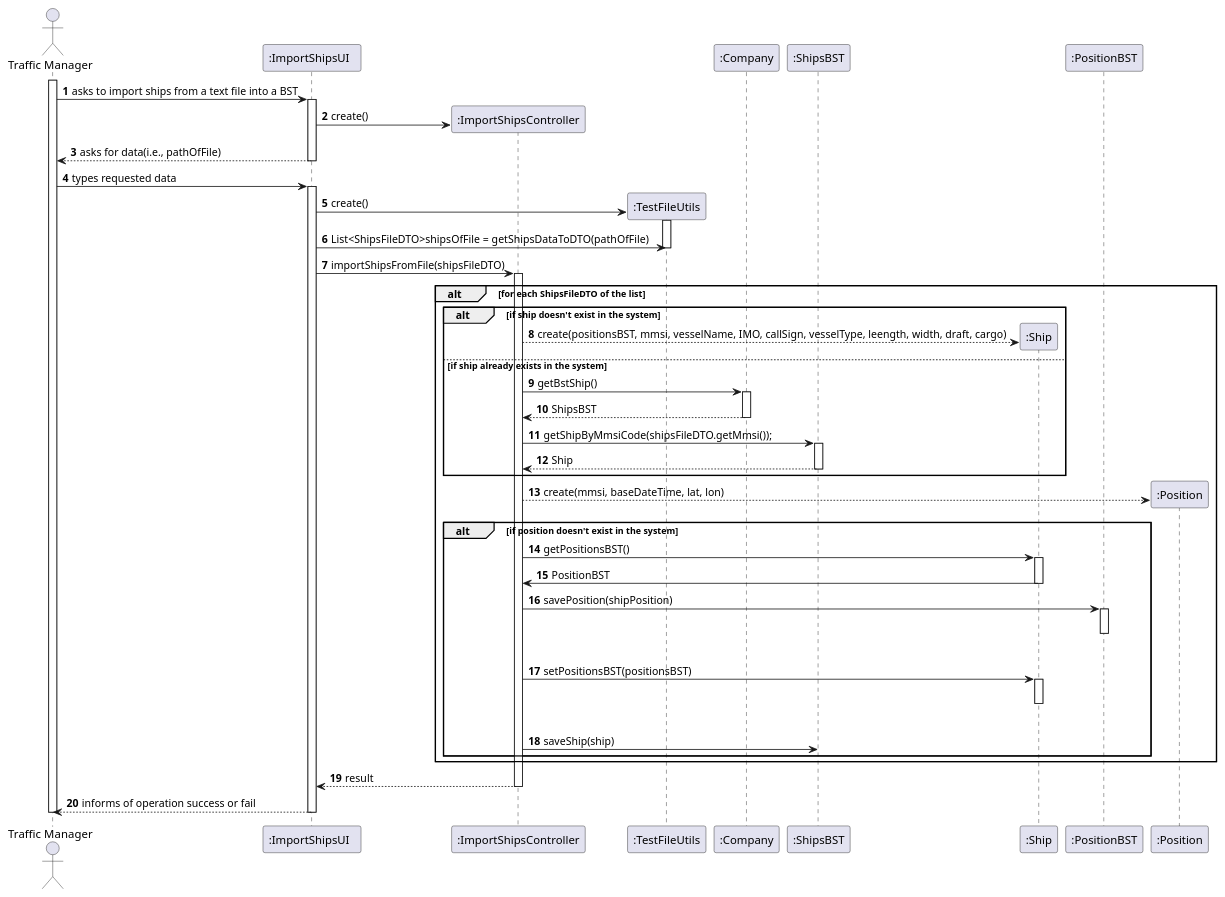
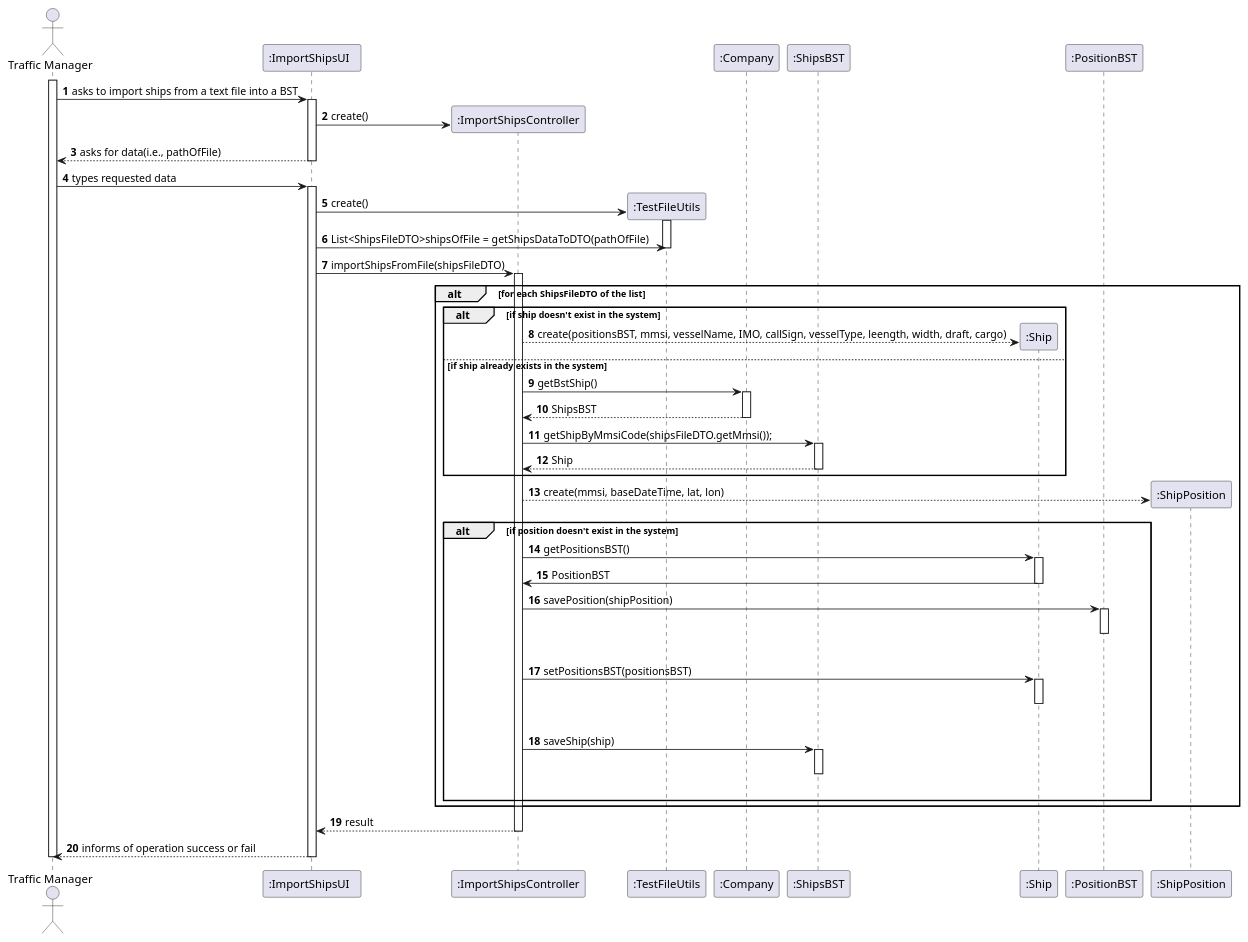
Before and after one commit to ana-albergaria/LAPR3-ISEP: the diagram in docs/US101/US_101_SD.puml, drawn with PlantUML. The commit also changed 3 other files, not shown here.

```diff
--- a/docs/US101/US_101_SD.puml
+++ b/docs/US101/US_101_SD.puml
@@ -1,64 +1,67 @@
 @startuml
 autonumber
 'hide footbox
 actor "Traffic Manager" as TM
 participant ":ImportShipsUI  " as UI
 participant ":ImportShipsController" as CTRL
 participant ":TestFileUtils" as TFU
 participant ":Company" as CMP
 participant ":ShipsBST" as SBST
 participant ":Ship" as SHIP
 participant ":PositionBST" as PBST
-participant ":Position" as POS
+participant ":ShipPosition" as POS
 
 activate TM
 TM -> UI : asks to import ships from a text file into a BST
 activate UI
 UI -> CTRL** : create()
 UI --> TM : asks for data(i.e., pathOfFile)
 deactivate UI
 TM -> UI : types requested data
 activate UI
 UI -> TFU** : create()
 activate TFU
 UI -> TFU : List<ShipsFileDTO>shipsOfFile = getShipsDataToDTO(pathOfFile)
 deactivate TFU
 UI -> CTRL : importShipsFromFile(shipsFileDTO)
 activate CTRL
 alt for each ShipsFileDTO of the list
 alt if ship doesn't exist in the system
 CTRL --> SHIP** : create(positionsBST, mmsi, vesselName, IMO, callSign, vesselType, leength, width, draft, cargo)
 else if ship already exists in the system
 CTRL -> CMP : getBstShip()
 activate CMP
 CMP --> CTRL : ShipsBST
 deactivate CMP
 CTRL -> SBST : getShipByMmsiCode(shipsFileDTO.getMmsi());
 activate SBST
 SBST --> CTRL : Ship
 deactivate SBST
 end
 CTRL --> POS** : create(mmsi, baseDateTime, lat, lon)
 alt if position doesn't exist in the system
 CTRL -> SHIP : getPositionsBST()
 activate SHIP
 SHIP -> CTRL : PositionBST
 deactivate SHIP
 CTRL -> PBST : savePosition(shipPosition)
 activate PBST
 |||
 deactivate PBST
 CTRL -> SHIP : setPositionsBST(positionsBST)
 activate SHIP
 |||
 deactivate SHIP
 CTRL -> SBST : saveShip(ship)
+activate SBST
+|||
+deactivate SBST
 end
 end
 CTRL --> UI : result
 deactivate CTRL
 UI --> TM : informs of operation success or fail
 deactivate UI
 deactivate TM
 
 @enduml
```
